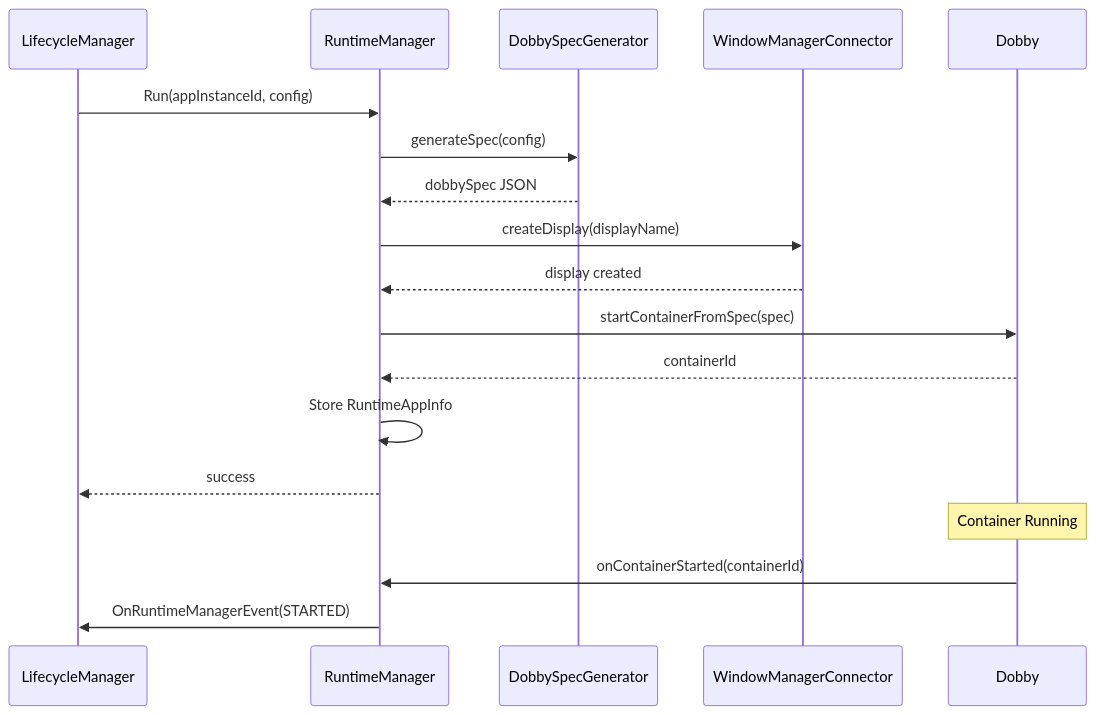
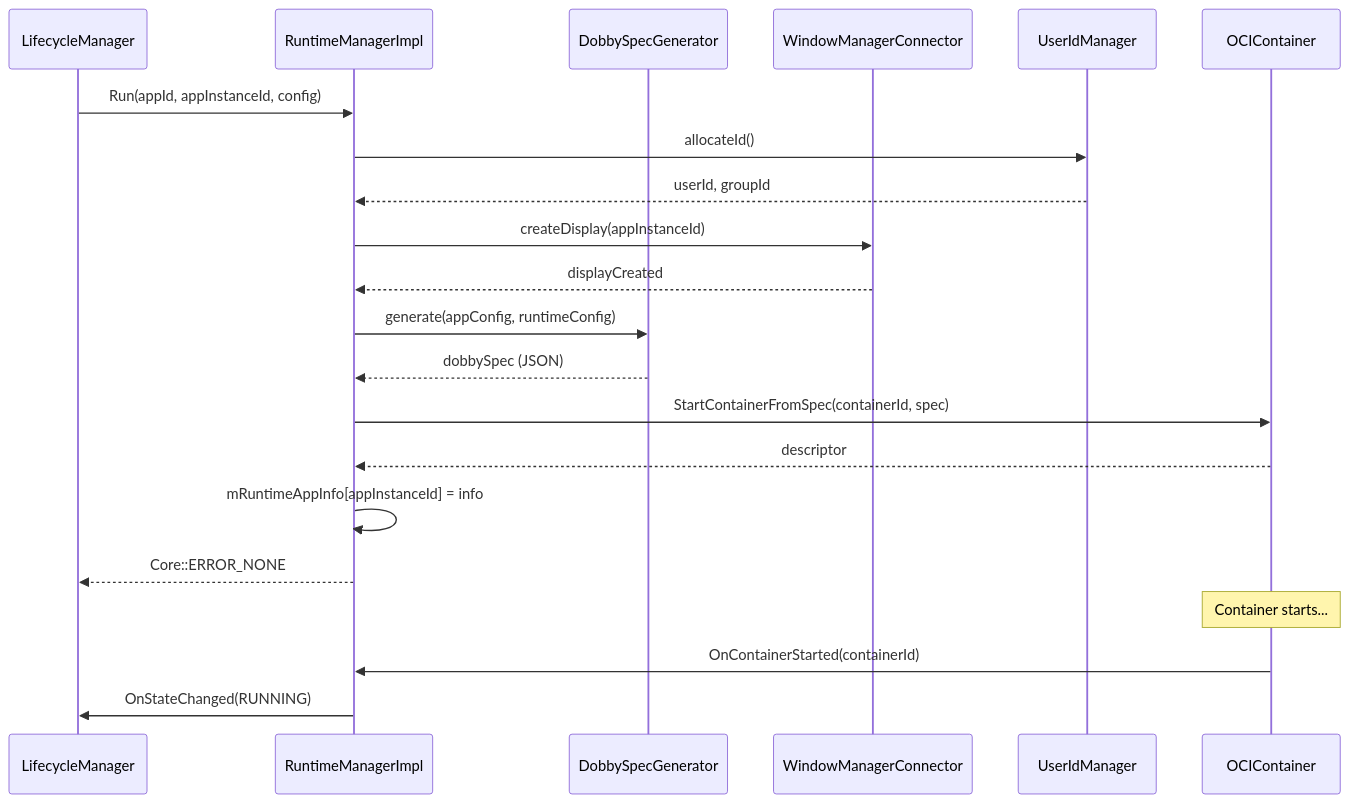
One commit to rdkcentral/entservices-appmanagers changed the fourth of 10 diagrams in RuntimeManager/RuntimeManager.md. Above: the diagram before and after it, drawn with Mermaid. The commit also changed other lines of this file and 19 other files, not shown here.

````diff
--- a/RuntimeManager/RuntimeManager.md
+++ b/RuntimeManager/RuntimeManager.md
@@ -184,21 +450,26 @@
 ```mermaid
 sequenceDiagram
     participant LCM as LifecycleManager
-    participant RTM as RuntimeManager
+    participant RTM as RuntimeManagerImpl
     participant DSG as DobbySpecGenerator
     participant WMC as WindowManagerConnector
-    participant Dobby
+    participant UIM as UserIdManager
+    participant OCI as OCIContainer
 
-    LCM->>RTM: Run(appInstanceId, config)
-    RTM->>DSG: generateSpec(config)
-    DSG-->>RTM: dobbySpec JSON
-    RTM->>WMC: createDisplay(displayName)
-    WMC-->>RTM: display created
-    RTM->>Dobby: startContainerFromSpec(spec)
-    Dobby-->>RTM: containerId
-    RTM->>RTM: Store RuntimeAppInfo
-    RTM-->>LCM: success
-    Note over Dobby: Container Running
-    Dobby->>RTM: onContainerStarted(containerId)
-    RTM->>LCM: OnRuntimeManagerEvent(STARTED)
+    LCM->>RTM: Run(appId, appInstanceId, config)
+    RTM->>UIM: allocateId()
+    UIM-->>RTM: userId, groupId
+    RTM->>WMC: createDisplay(appInstanceId)
+    WMC-->>RTM: displayCreated
+    RTM->>DSG: generate(appConfig, runtimeConfig)
+    DSG-->>RTM: dobbySpec (JSON)
+    RTM->>OCI: StartContainerFromSpec(containerId, spec)
+    OCI-->>RTM: descriptor
+    RTM->>RTM: mRuntimeAppInfo[appInstanceId] = info
+    RTM-->>LCM: Core::ERROR_NONE
+
+    Note over OCI: Container starts...
+
+    OCI->>RTM: OnContainerStarted(containerId)
+    RTM->>LCM: OnStateChanged(RUNNING)
 ```
````
